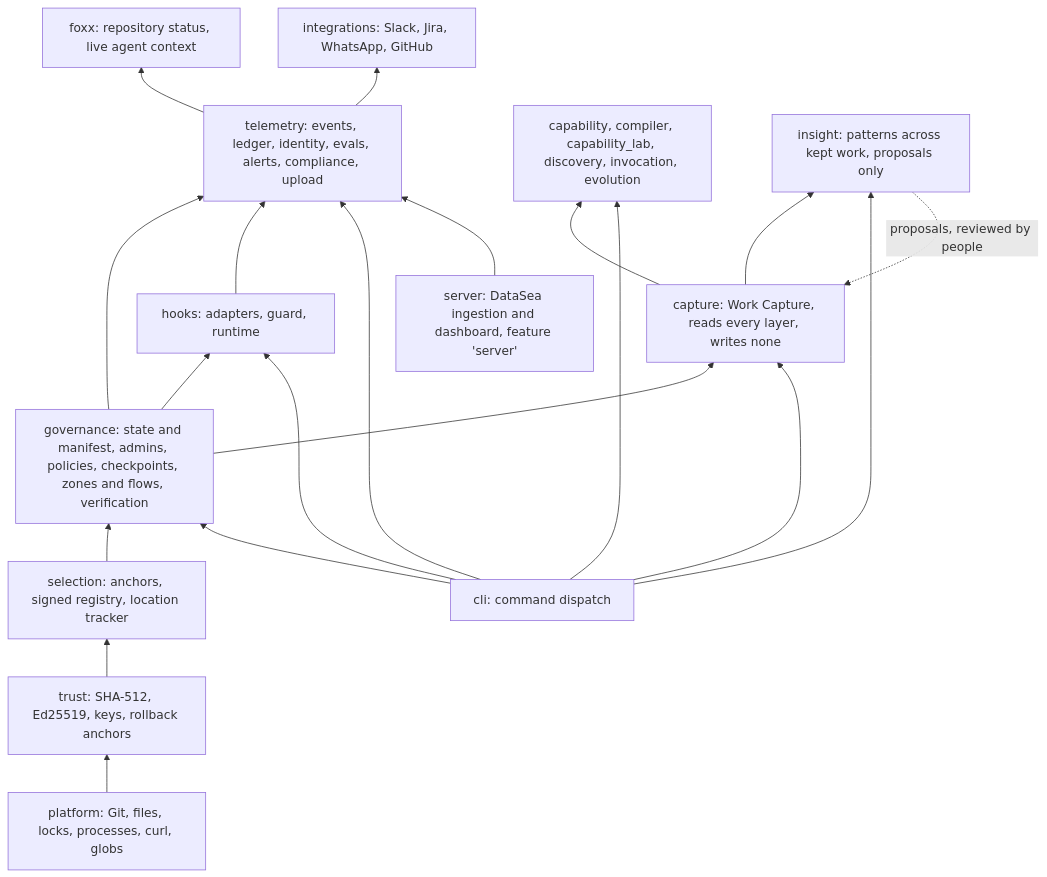
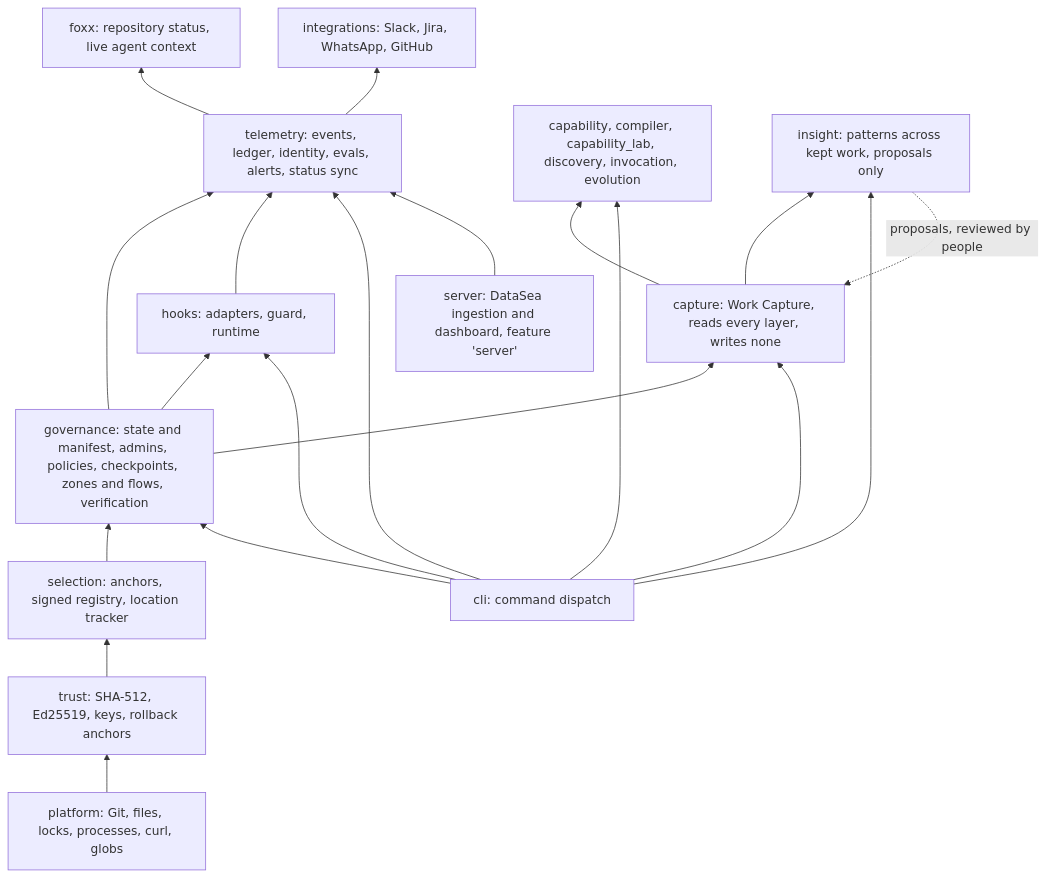
One commit to Landscape-Of-Agents/Landscape changed the first of 5 diagrams in docs/architecture/overview.md. Above: the diagram before and after it, drawn with Mermaid. The commit also changed other lines of this file and 38 other files, not shown here.

````diff
--- a/docs/architecture/overview.md
+++ b/docs/architecture/overview.md
@@ -391,17 +387,17 @@
 ```mermaid
 flowchart BT
   P[platform: Git, files, locks, processes, curl, globs] --> T[trust: SHA-512, Ed25519, keys, rollback anchors]
   T --> S[selection: anchors, signed registry, location tracker]
   S --> G[governance: state and manifest, admins, policies, checkpoints, zones and flows, verification]
   G --> H[hooks: adapters, guard, runtime]
-  G --> TL[telemetry: events, ledger, identity, evals, alerts, compliance, upload]
+  G --> TL[telemetry: events, ledger, identity, evals, alerts, status sync]
   H --> TL
   TL --> F[foxx: repository status, live agent context]
   TL --> I[integrations: Slack, Jira, WhatsApp, GitHub]
   G --> C1[capture: Work Capture, reads every layer, writes none]
   C1 --> C2[capability, compiler, capability_lab, discovery, invocation, evolution]
   C1 --> IN[insight: patterns across kept work, proposals only]
   IN -.->|"proposals, reviewed by people"| C1
   CLI[cli: command dispatch] --> G & H & TL & C1 & C2 & IN
   SRV[server: DataSea ingestion and dashboard, feature 'server'] --> TL
 ```
````
